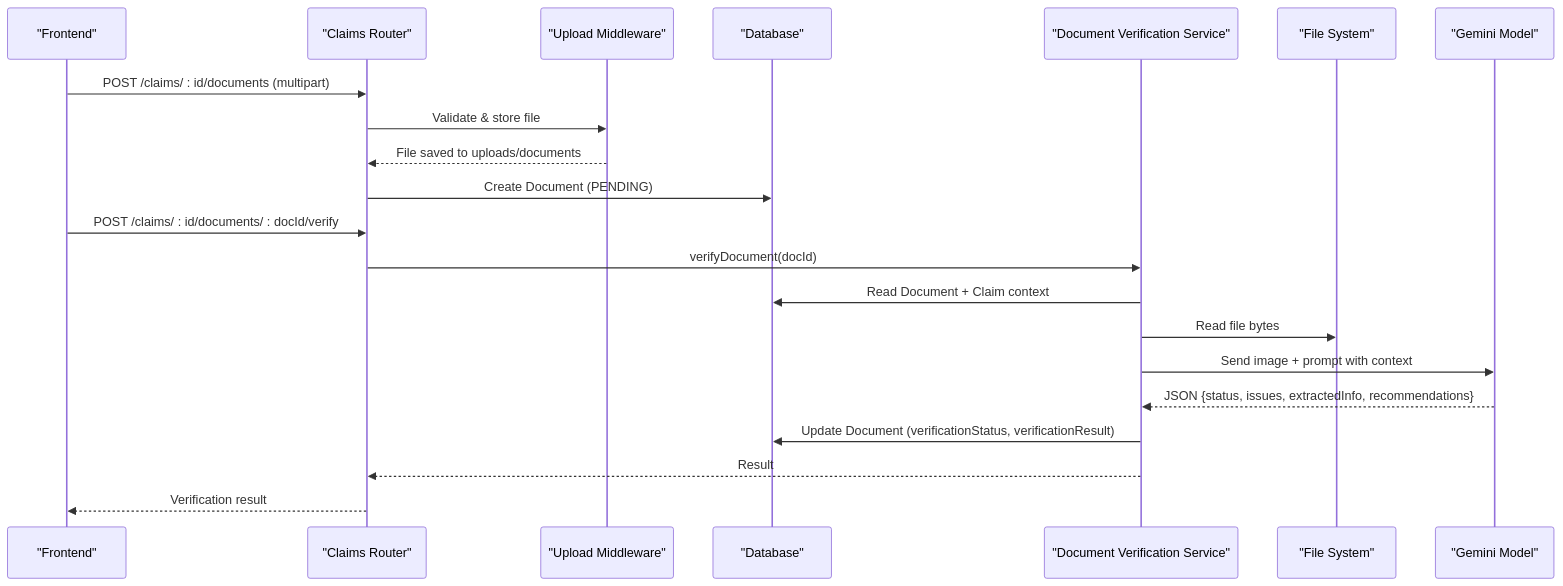
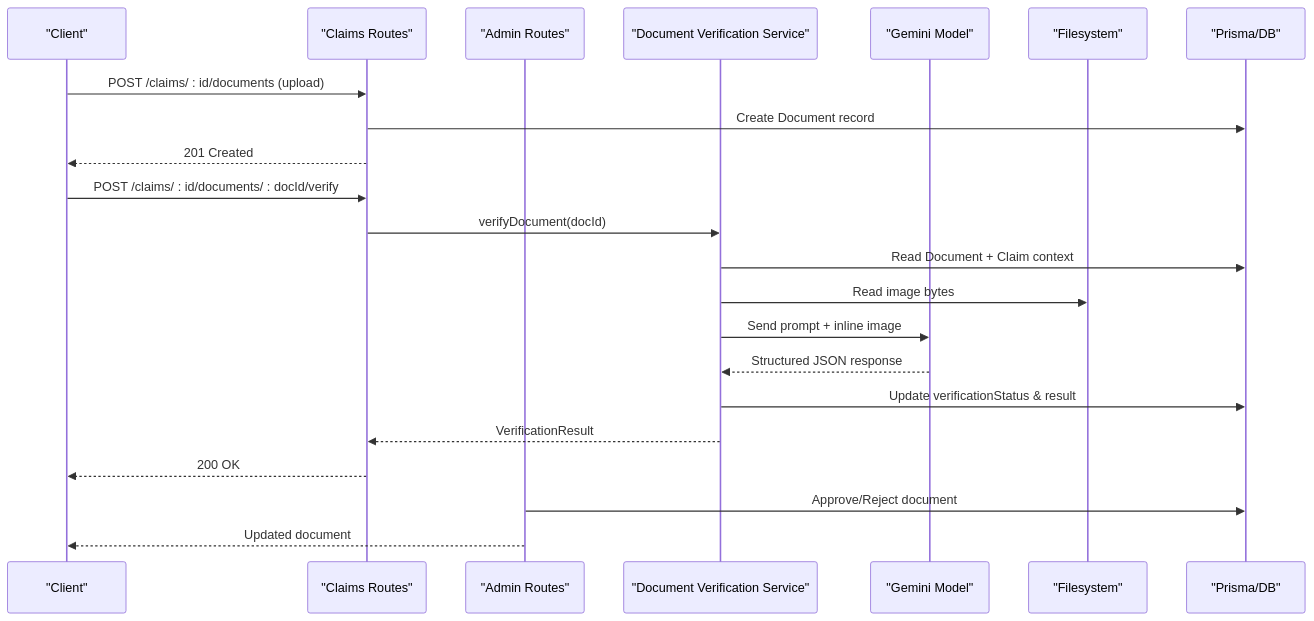
The second of 5 diagrams in .qoder/repowiki/en/content/AI Services Integration/Document Verification Service.md (NaveenHiranya/Smart-Vehicle-Insurance-Claim-System), drawn with Mermaid before and after one commit. The commit also changed other lines of this file and 183 other files, not shown here.

````diff
--- a/.qoder/repowiki/en/content/AI Services Integration/Document Verification Service.md
+++ b/.qoder/repowiki/en/content/AI Services Integration/Document Verification Service.md
@@ -99,23 +97,24 @@
 ```mermaid
 sequenceDiagram
-participant FE as "Frontend"
-participant API as "Claims Router"
-participant MW as "Upload Middleware"
-participant DB as "Database"
-participant Svc as "Document Verification Service"
-participant FS as "File System"
-participant AI as "Gemini Model"
-FE->>API : POST /claims/ : id/documents (multipart)
-API->>MW : Validate & store file
-MW-->>API : File saved to uploads/documents
-API->>DB : Create Document (PENDING)
-FE->>API : POST /claims/ : id/documents/ : docId/verify
-API->>Svc : verifyDocument(docId)
-Svc->>DB : Read Document + Claim context
-Svc->>FS : Read file bytes
-Svc->>AI : Send image + prompt with context
-AI-->>Svc : JSON {status, issues, extractedInfo, recommendations}
-Svc->>DB : Update Document (verificationStatus, verificationResult)
-Svc-->>API : Result
-API-->>FE : Verification result
+participant Client as "Client"
+participant ClaimsRoutes as "Claims Routes"
+participant AdminRoutes as "Admin Routes"
+participant DocSvc as "Document Verification Service"
+participant Gemini as "Gemini Model"
+participant FS as "Filesystem"
+participant DB as "Prisma/DB"
+Client->>ClaimsRoutes : POST /claims/ : id/documents (upload)
+ClaimsRoutes->>DB : Create Document record
+ClaimsRoutes-->>Client : 201 Created
+Client->>ClaimsRoutes : POST /claims/ : id/documents/ : docId/verify
+ClaimsRoutes->>DocSvc : verifyDocument(docId)
+DocSvc->>DB : Read Document + Claim context
+DocSvc->>FS : Read image bytes
+DocSvc->>Gemini : Send prompt + inline image
+Gemini-->>DocSvc : Structured JSON response
+DocSvc->>DB : Update verificationStatus & result
+DocSvc-->>ClaimsRoutes : VerificationResult
+ClaimsRoutes-->>Client : 200 OK
+AdminRoutes->>DB : Approve/Reject document
+AdminRoutes-->>Client : Updated document
 ```
````
